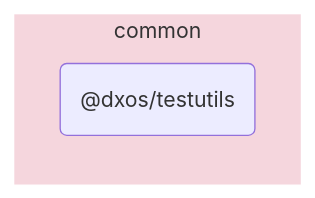
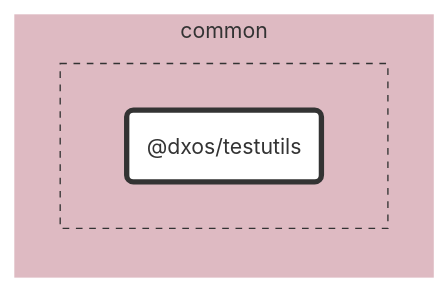
The diagram in packages/common/testutils/docs/README.md (dxos/dxos), drawn with Mermaid before and after one commit. The commit also changed other lines of this file and 89 other files, not shown here.

````diff
--- a/packages/common/testutils/docs/README.md
+++ b/packages/common/testutils/docs/README.md
@@ -5,9 +7,30 @@
 ```mermaid
-flowchart LR;
+%%{ init: {'flowchart':{'curve':'basis'}} }%%
 
+flowchart LR
+
+%% Links
+
+%% Sections
 subgraph common
-  style common fill:#f5d6dd,stroke:#fff;
-  dxos/testutils("@dxos/testutils");
+  style common fill:#debac2,stroke:#fff;
+
+
+  subgraph common-excluded [ ]
+    style common-excluded fill:#debac2,stroke:#333,stroke-dasharray:5 5;
+
+    dxos/testutils("@dxos/testutils")
+  end
 end
 
+
+%% Hyperlinks
+
+%% Styles
+classDef rootNode fill:#fff,stroke:#333,stroke-width:4px
+classDef defaultNode fill:#fff,stroke:#333,stroke-width:1px
+linkStyle default stroke:#333,stroke-width:1px
+
+dxos/testutils:::rootNode
+
 ```
````
